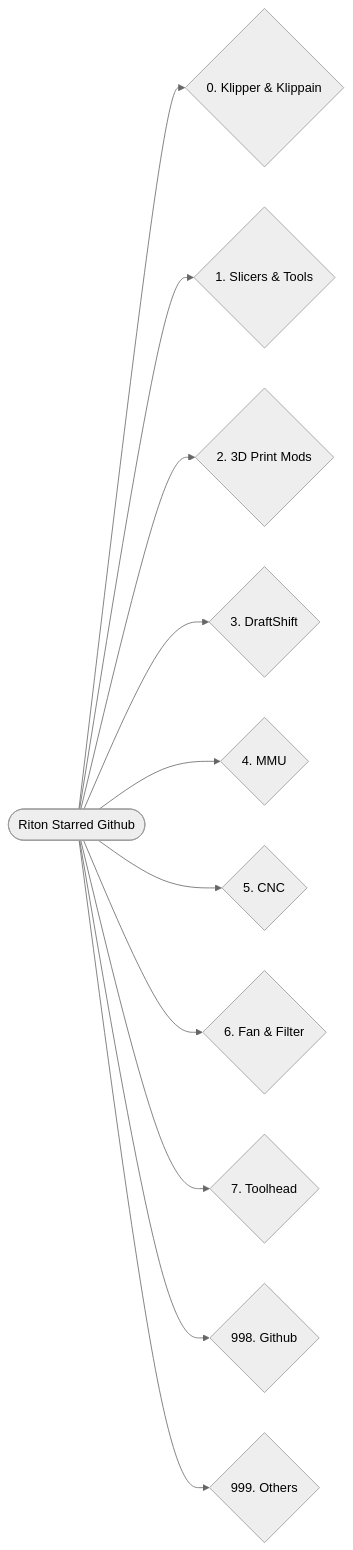
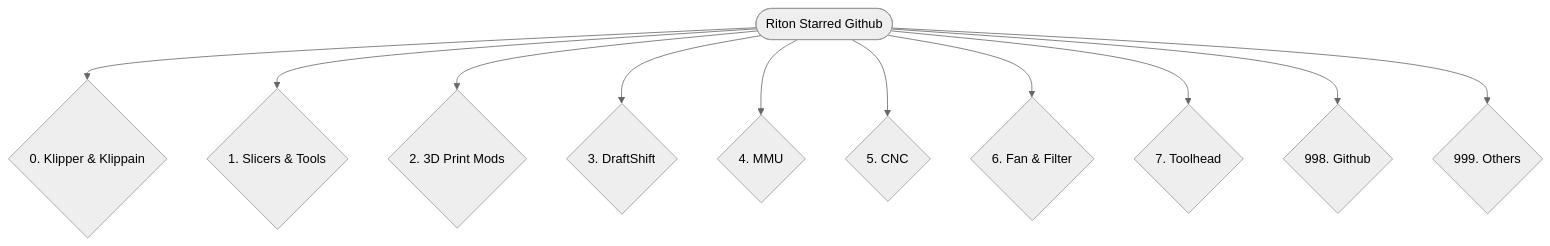
Before and after one commit to hdgreef/Riton-Github: the diagram in README.md, drawn with Mermaid (neutral theme). The commit also changed other lines of this file, not shown here.

Commit message:
Update README.md
Edited Mermaid graph

````diff
--- a/README.md
+++ b/README.md
@@ -73,14 +74,14 @@
 ```mermaid
-graph LR;
+graph TD;
     A(["Riton Starred Github"]);
     A-->B{"0. Klipper & Klippain"};
     A-->C{"1. Slicers & Tools"};
     A-->D{"2. 3D Print Mods"};
     A-->E{"3. DraftShift"};
     A-->F{"4. MMU"};
     A-->G{"5. CNC"};
     A-->H{"6. Fan & Filter"};
     A-->I{"7. Toolhead"};
     A-->J{"998. Github"};
     A-->K{"999. Others"};
 ```
````
